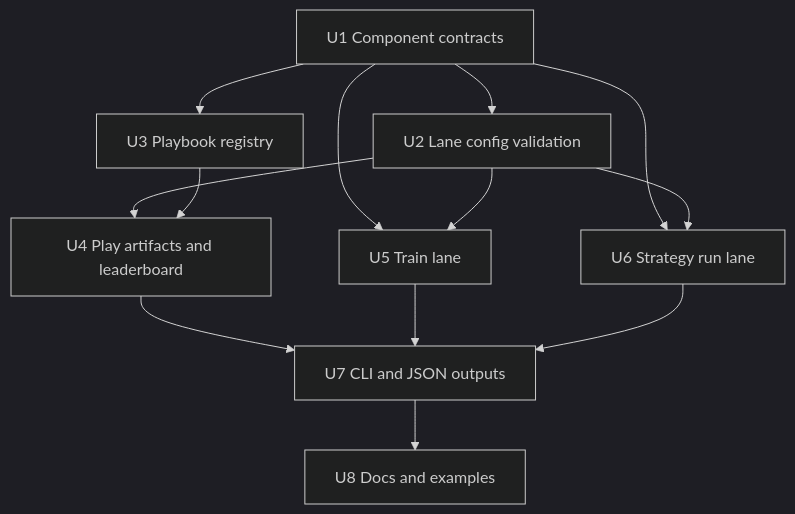
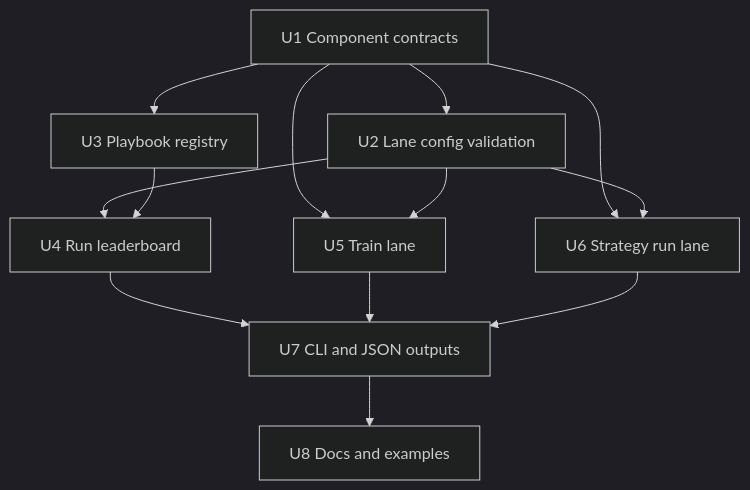
The second of 2 diagrams in docs/plans/2026-05-18-005-feat-research-playbook-component-workflow-plan.md (madebymlai/aegis), drawn with Mermaid (dark theme) before and after one commit. The commit also changed other lines of this file and 38 other files, not shown here.

````diff
--- a/docs/plans/2026-05-18-005-feat-research-playbook-component-workflow-plan.md
+++ b/docs/plans/2026-05-18-005-feat-research-playbook-component-workflow-plan.md
@@ -217,24 +207,24 @@
 ```mermaid
 flowchart TB
     U1[U1 Component contracts]
     U2[U2 Lane config validation]
     U3[U3 Playbook registry]
-    U4[U4 Play artifacts and leaderboard]
+    U4[U4 Run leaderboard]
     U5[U5 Train lane]
     U6[U6 Strategy run lane]
     U7[U7 CLI and JSON outputs]
     U8[U8 Docs and examples]
 
     U1 --> U2
     U1 --> U3
     U2 --> U4
     U3 --> U4
     U1 --> U5
     U2 --> U5
     U1 --> U6
     U2 --> U6
     U4 --> U7
     U5 --> U7
     U6 --> U7
     U7 --> U8
 ```
````
